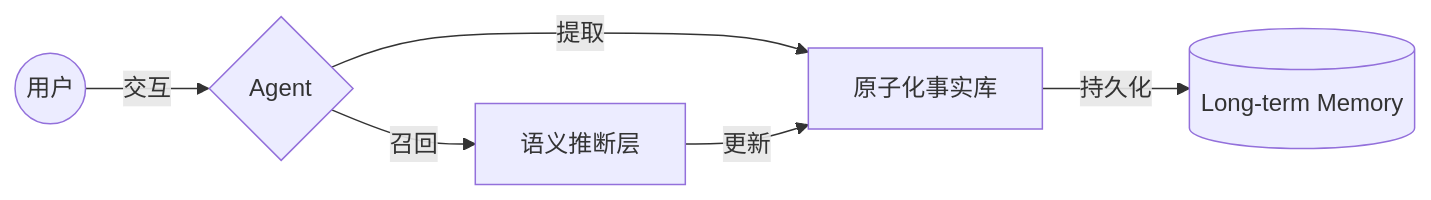
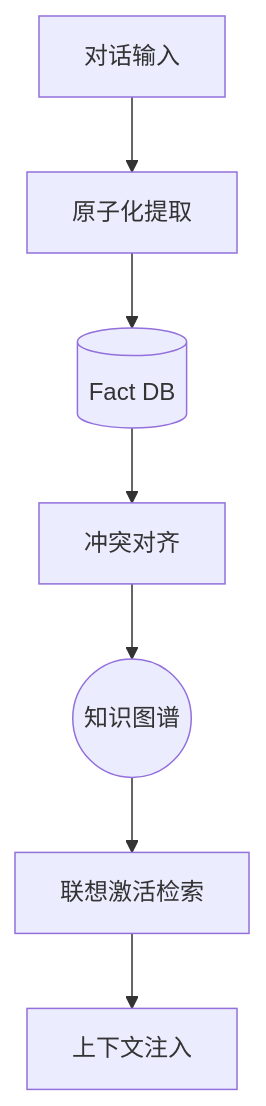
Before and after one commit to j051048/nexus-ai-command: the diagram in README.md, drawn with Mermaid. The commit also changed other lines of this file and 10 other files, not shown here.

````diff
--- a/README.md
+++ b/README.md
@@ -55,8 +35,9 @@
 ```mermaid
-graph LR
-    User((用户)) -- 交互 --> Agent{Agent}
-    Agent -- 提取 --> Fact[原子化事实库]
-    Agent -- 召回 --> Logic[语义推断层]
-    Fact -- 持久化 --> Mem0[(Long-term Memory)]
-    Logic -- 更新 --> Fact
+graph TD
+    In[对话输入] --> Ext[原子化提取]
+    Ext --> Fact[(Fact DB)]
+    Fact --> Align[冲突对齐]
+    Align --> Graph((知识图谱))
+    Graph --> Spread[联想激活检索]
+    Spread --> Out[上下文注入]
 ```
````
